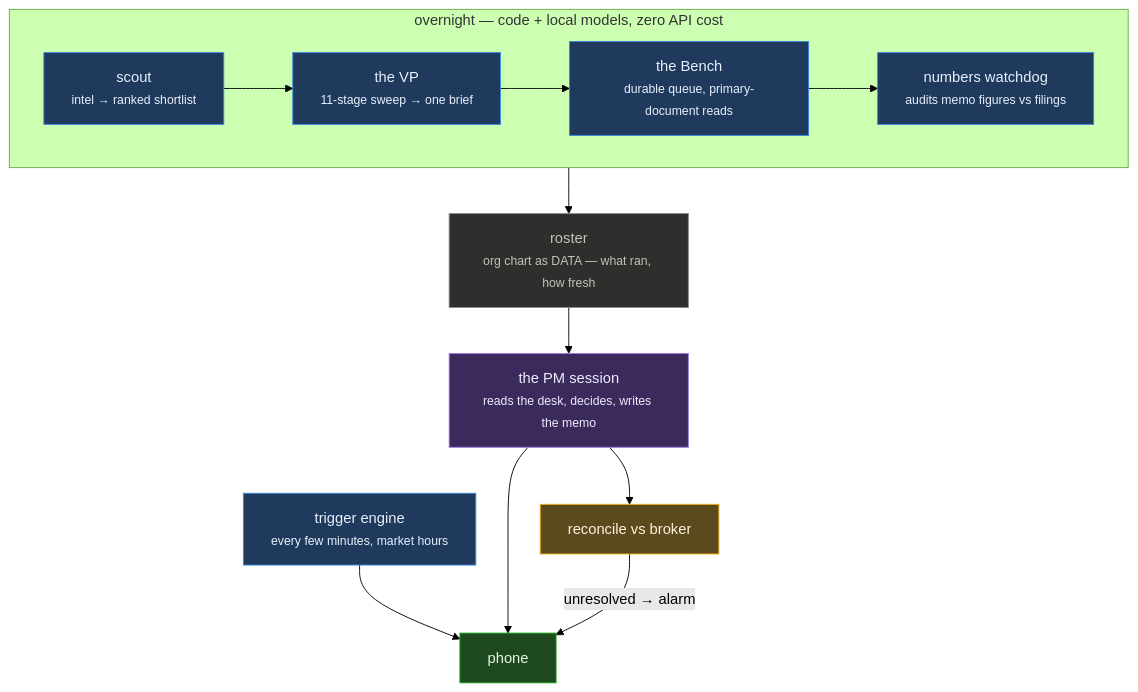
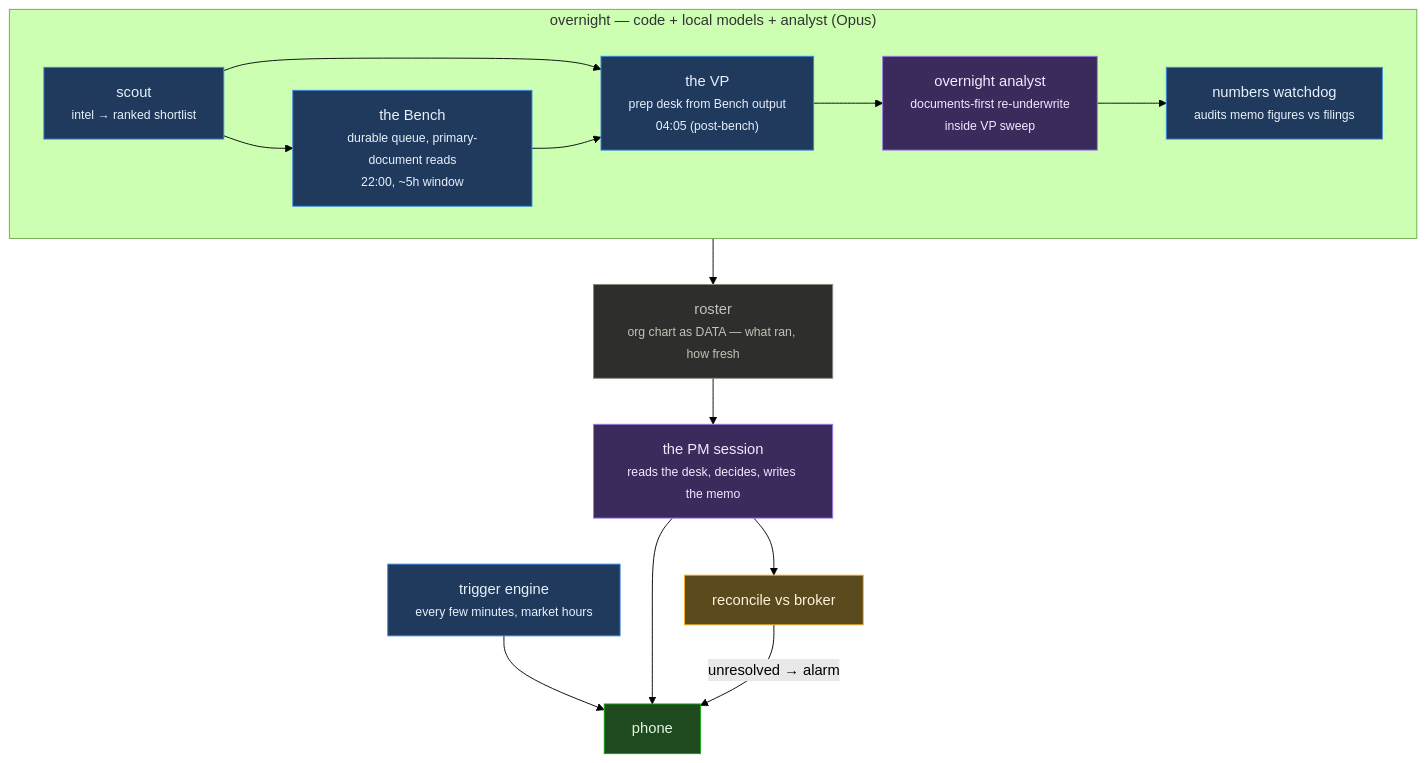
Before and after one commit to daviddingdev/stocks-public: the diagram in AGENT.md, drawn with Mermaid (forest theme). The commit also changed 9 other files, not shown here.

````diff
--- a/AGENT.md
+++ b/AGENT.md
@@ -27,26 +27,30 @@
 ```mermaid
 flowchart TB
-  subgraph Night["overnight — code + local models, zero API cost"]
+  subgraph Night["overnight — code + local models + analyst (Opus)"]
     direction LR
     SC["scout<br/><small>intel → ranked shortlist</small>"]:::c
-    VP["the VP<br/><small>11-stage sweep → one brief</small>"]:::c
-    BN["the Bench<br/><small>durable queue, primary-document reads</small>"]:::c
+    BN["the Bench<br/><small>durable queue, primary-document reads<br/>22:00, ~5h window</small>"]:::c
+    AN["overnight analyst<br/><small>documents-first re-underwrite<br/>inside VP sweep</small>"]:::ai
+    VP["the VP<br/><small>prep desk from Bench output<br/>04:05 (post-bench)</small>"]:::c
     NW["numbers watchdog<br/><small>audits memo figures vs filings</small>"]:::c
   end
   R["roster<br/><small>org chart as DATA — what ran, how fresh</small>"]:::d
   PM["the PM session<br/><small>reads the desk, decides, writes the memo</small>"]:::ai
   T["trigger engine<br/><small>every few minutes, market hours</small>"]:::c
   REC["reconcile vs broker"]:::g
   PH["phone"]:::o
 
-  SC --> VP --> BN --> NW --> R --> PM --> REC
+  SC --> BN
+  SC --> VP
+  BN --> VP
+  VP --> AN --> NW --> R --> PM --> REC
   T --> PH
   PM --> PH
   REC -->|"unresolved → alarm"| PH
 
   classDef c fill:#1f3a5c,stroke:#3987e5,color:#e8f0fb
   classDef ai fill:#3b2a5c,stroke:#9d7be8,color:#f0eafd
   classDef d fill:#2e2e2c,stroke:#8a897f,color:#c3c2b7
   classDef g fill:#5c4a1f,stroke:#fab219,color:#fdf3d9
   classDef o fill:#1f4a1f,stroke:#0ca30c,color:#e3f7e3
 ```
````
